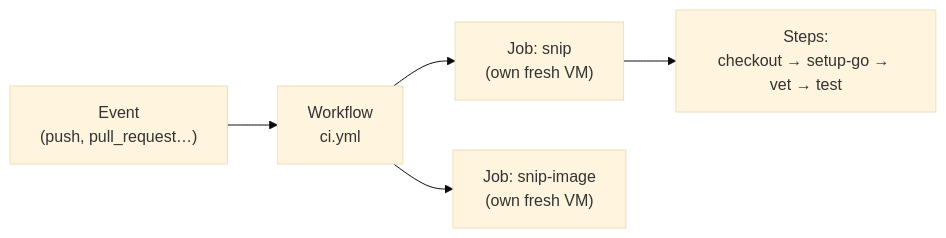
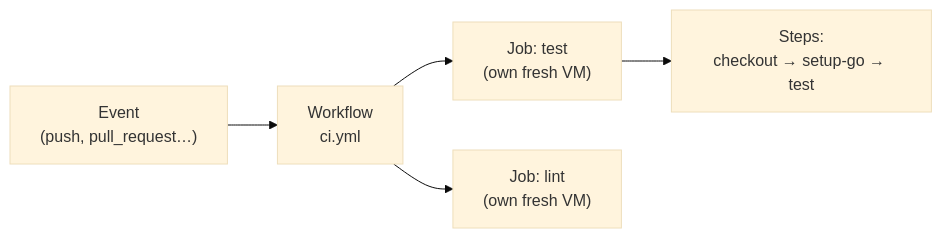
One commit to jawwadzafar/zero-to-prod changed the diagram in docs/shipping/ci-with-github-actions.mdx. Above: the diagram before and after it, drawn with Mermaid (base theme). The commit also changed other lines of this file and 1 other file, not shown here.

````diff
--- a/docs/shipping/ci-with-github-actions.mdx
+++ b/docs/shipping/ci-with-github-actions.mdx
@@ -23,7 +27,7 @@
 ```mermaid
 flowchart LR
   E["Event<br/>(push, pull_request…)"] --> W["Workflow<br/>ci.yml"]
-  W --> J1["Job: snip<br/>(own fresh VM)"]
-  W --> J2["Job: snip-image<br/>(own fresh VM)"]
-  J1 --> S1["Steps:<br/>checkout → setup-go → vet → test"]
+  W --> J1["Job: test<br/>(own fresh VM)"]
+  W --> J2["Job: lint<br/>(own fresh VM)"]
+  J1 --> S1["Steps:<br/>checkout → setup-go → test"]
 ```
````
